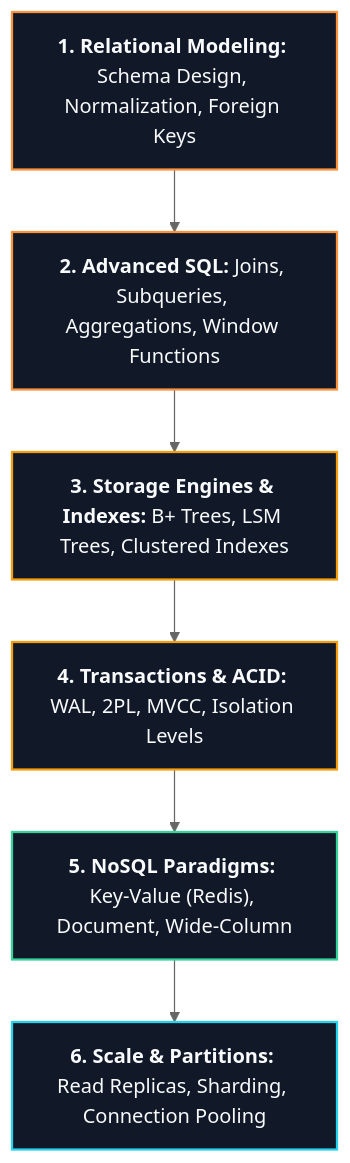
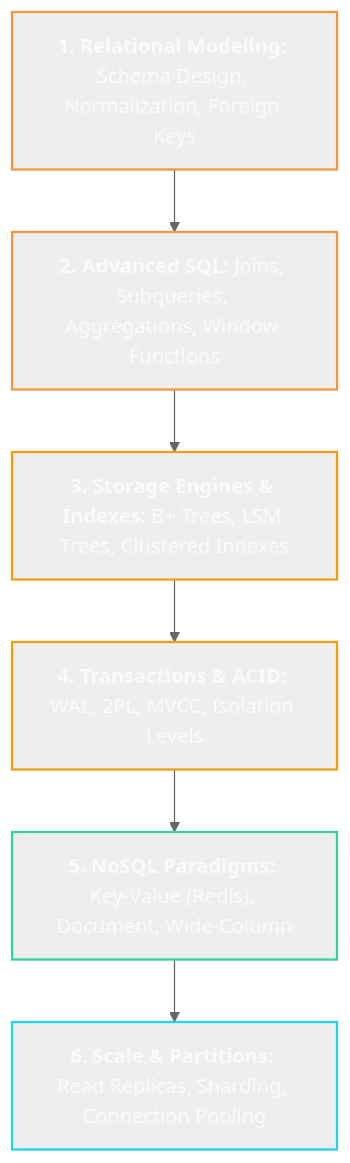
One commit to abhinavbharti2345/CS_Notes changed the diagram in BrainOS/03 - Core CS/Databases.md. Above: the diagram before and after it, drawn with Mermaid (neutral theme). The commit also changed 26 other files, not shown here.

Commit message:
feat: initialize BrainOS knowledge base with foundational curriculum and roadmap notes

````diff
--- a/BrainOS/03 - Core CS/Databases.md
+++ b/BrainOS/03 - Core CS/Databases.md
@@ -37,15 +37,15 @@
 ```mermaid
 flowchart TD
     DB1["<b>1. Relational Modeling:</b> Schema Design, Normalization, Foreign Keys"] --> DB2["<b>2. Advanced SQL:</b> Joins, Subqueries, Aggregations, Window Functions"]
     DB2 --> DB3["<b>3. Storage Engines & Indexes:</b> B+ Trees, LSM Trees, Clustered Indexes"]
     DB3 --> DB4["<b>4. Transactions & ACID:</b> WAL, 2PL, MVCC, Isolation Levels"]
     DB4 --> DB5["<b>5. NoSQL Paradigms:</b> Key-Value (Redis), Document, Wide-Column"]
     DB5 --> DB6["<b>6. Scale & Partitions:</b> Read Replicas, Sharding, Connection Pooling"]
 
-    style DB1 fill:#111827,stroke:#FB923C,stroke-width:1.8px,color:#F8FAFC
-    style DB2 fill:#111827,stroke:#FB923C,stroke-width:1.8px,color:#F8FAFC
-    style DB3 fill:#111827,stroke:#F59E0B,stroke-width:1.8px,color:#F8FAFC
-    style DB4 fill:#111827,stroke:#F59E0B,stroke-width:1.8px,color:#F8FAFC
-    style DB5 fill:#111827,stroke:#34D399,stroke-width:1.8px,color:#F8FAFC
-    style DB6 fill:#111827,stroke:#22D3EE,stroke-width:1.8px,color:#F8FAFC
+    style DB1 stroke:#FB923C,stroke-width:1.8px,color:#F8FAFC
+    style DB2 stroke:#FB923C,stroke-width:1.8px,color:#F8FAFC
+    style DB3 stroke:#F59E0B,stroke-width:1.8px,color:#F8FAFC
+    style DB4 stroke:#F59E0B,stroke-width:1.8px,color:#F8FAFC
+    style DB5 stroke:#34D399,stroke-width:1.8px,color:#F8FAFC
+    style DB6 stroke:#22D3EE,stroke-width:1.8px,color:#F8FAFC
 ```
````
